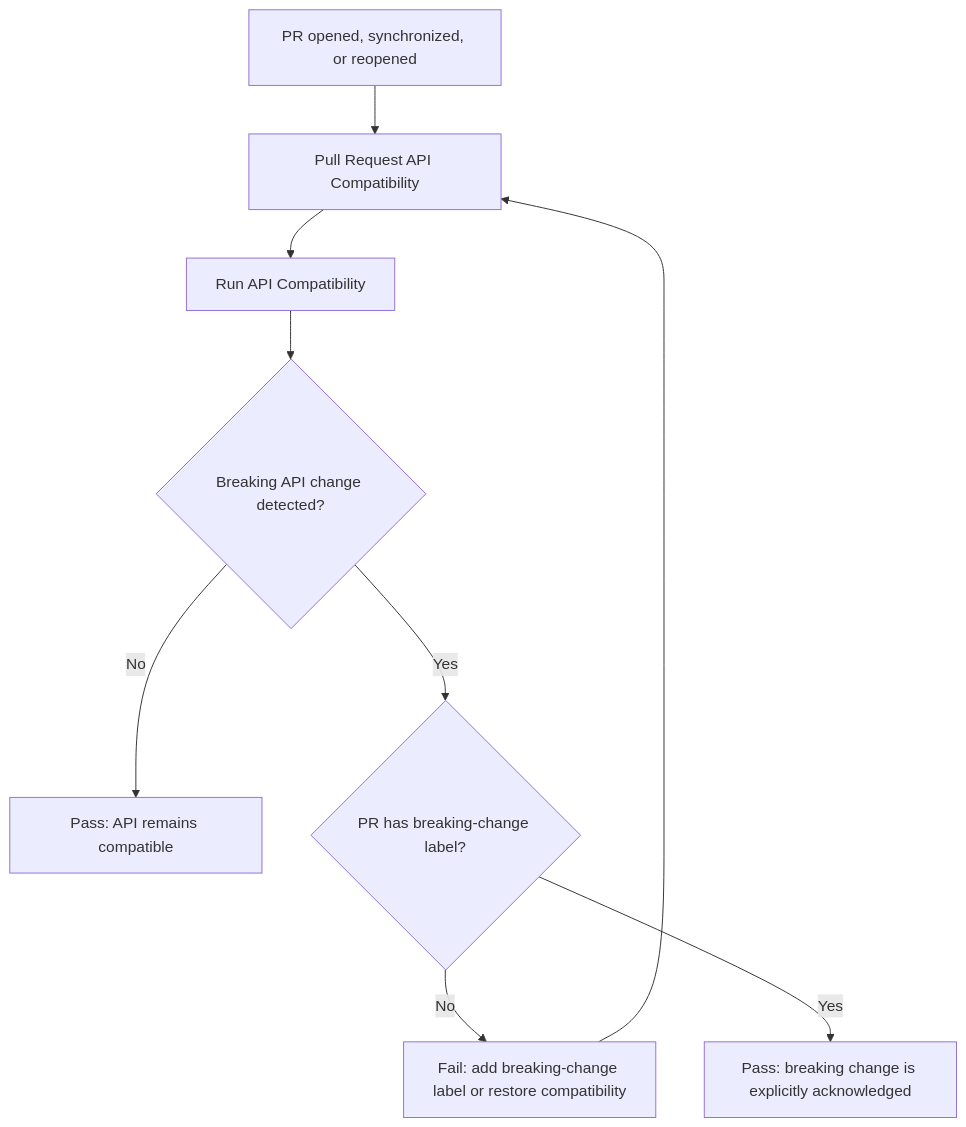
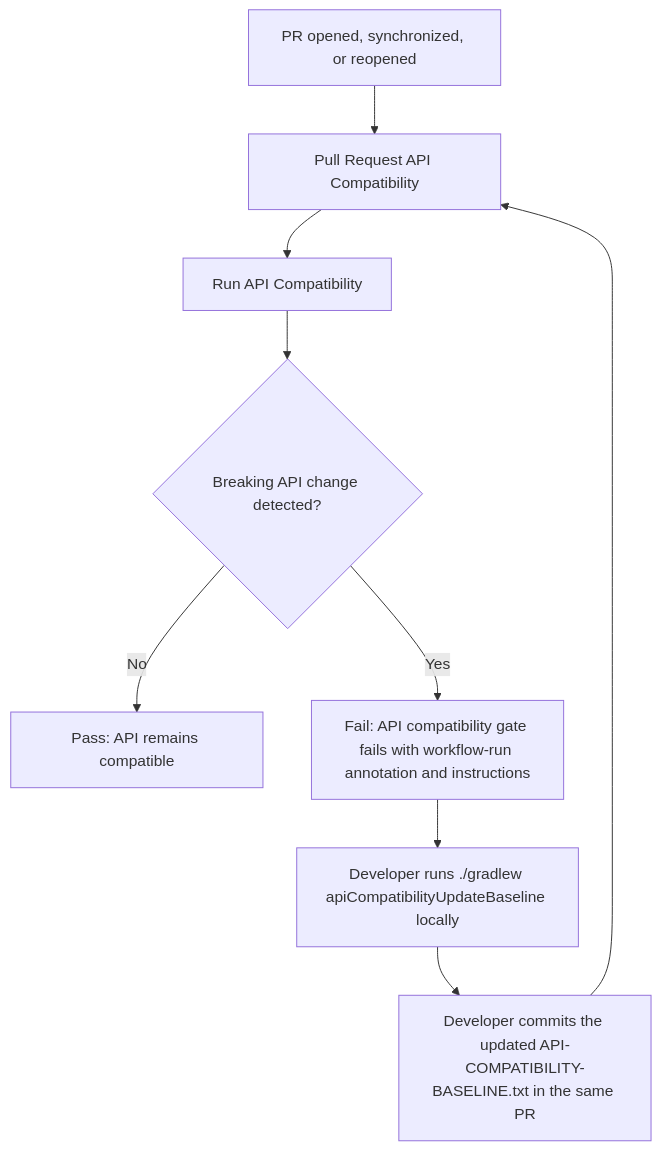
Before and after one commit to HDCharts/charts: the diagram in docs/workflows/api-compatibility.md, drawn with Mermaid. The commit also changed other lines of this file and 11 other files, not shown here.

````diff
--- a/docs/workflows/api-compatibility.md
+++ b/docs/workflows/api-compatibility.md
@@ -10,12 +9,11 @@
 ```mermaid
-flowchart TD
-  A["PR opened, synchronized, or reopened"] --> B["Pull Request API Compatibility"]
-  B --> C["Run API Compatibility"]
-  C --> D{"Breaking API change detected?"}
-  D -- No --> E["Pass: API remains compatible"]
-  D -- Yes --> F{"PR has breaking-change label?"}
-  F -- No --> G["Fail: add breaking-change label or restore compatibility"]
-  F -- Yes --> H["Pass: breaking change is explicitly acknowledged"]
-
-  G --> B
+ flowchart TD
+   A["PR opened, synchronized, or reopened"] --> B["Pull Request API Compatibility"]
+   B --> C["Run API Compatibility"]
+   C --> D{"Breaking API change detected?"}
+   D -- No --> E["Pass: API remains compatible"]
+   D -- Yes --> F["Fail: API compatibility gate fails with workflow-run annotation and instructions"]
+   F --> G["Developer runs ./gradlew apiCompatibilityUpdateBaseline locally"]
+   G --> H["Developer commits the updated API-COMPATIBILITY-BASELINE.txt in the same PR"]
+   H --> B
 ```
````
